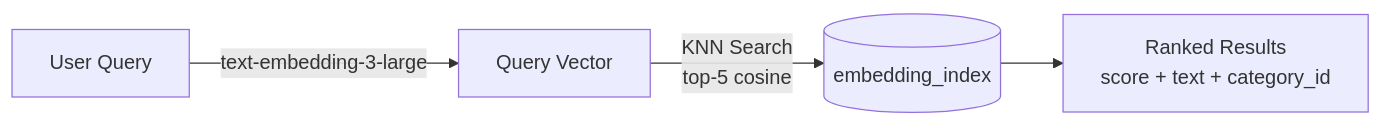
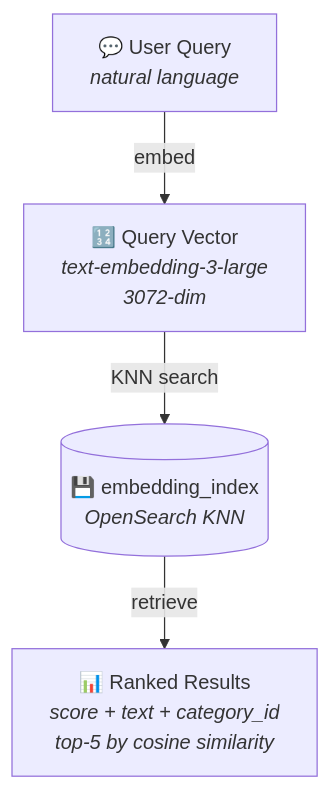
One commit to janardhanjayanthS/opensearch_sbert_POC changed the second of 2 diagrams in README.md. Above: the diagram before and after it, drawn with Mermaid. The commit also changed other lines of this file, not shown here.

Commit message:
update(readme): use vertical flow

````diff
--- a/README.md
+++ b/README.md
@@ -33,6 +43,11 @@
 ```mermaid
-flowchart LR
-    A[User Query] -->|text-embedding-3-large| B[Query Vector]
-    B -->|KNN Search\ntop-5 cosine| C[(embedding_index)]
-    C --> D[Ranked Results\nscore + text + category_id]
+flowchart TD
+    A["💬 User Query<br/><i>natural language</i>"]
+    B["🔢 Query Vector<br/><i>text-embedding-3-large<br/>3072-dim</i>"]
+    C[("💾 embedding_index<br/><i>OpenSearch KNN</i>")]
+    D["📊 Ranked Results<br/><i>score + text + category_id<br/>top-5 by cosine similarity</i>"]
+
+    A -->|embed| B
+    B -->|KNN search| C
+    C -->|retrieve| D
 ```
````
